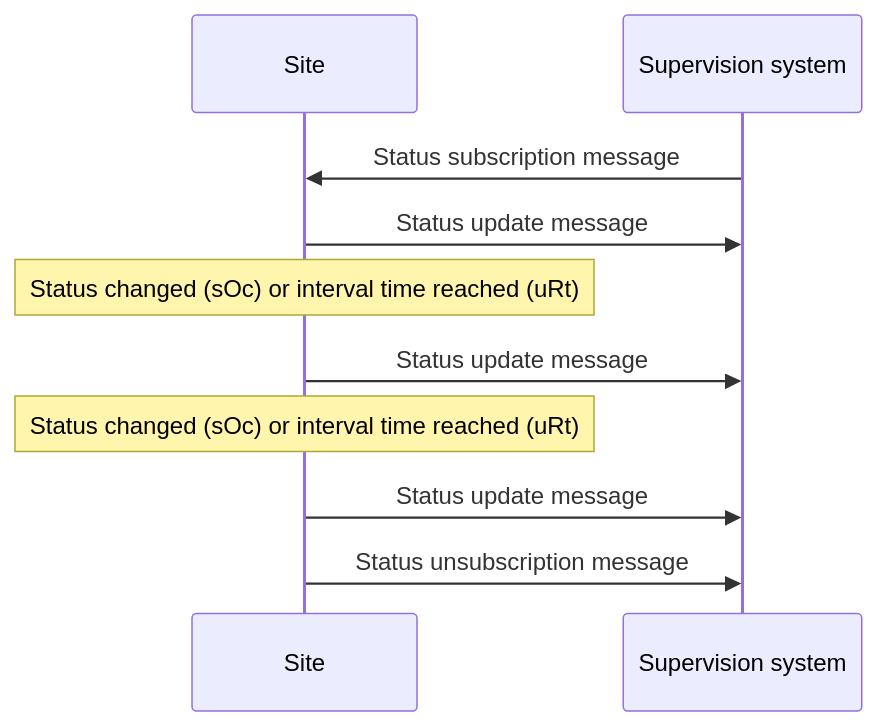
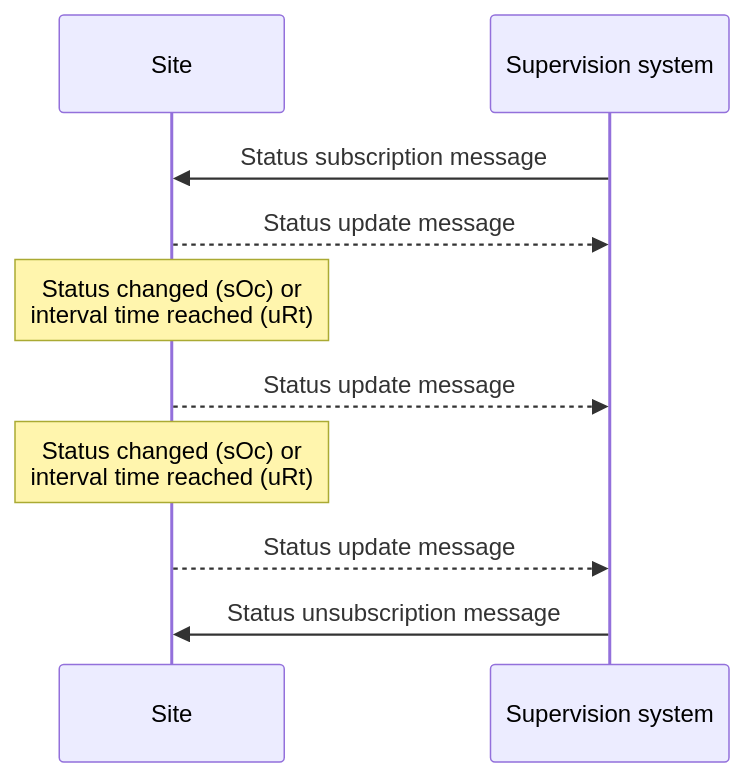
Diagram 11 of 16 in source/applicability/basic_structure.rst (rsmp-nordic/rsmp_core), drawn with Mermaid before and after one commit. The commit also changed other lines of this file, not shown here.

Commit message:
Minor formatting fixes for mermaid diagrams

```diff
--- a/source/applicability/basic_structure.rst
+++ b/source/applicability/basic_structure.rst
@@ -1298,12 +1298,12 @@
 .. mermaid::
 
    sequenceDiagram
      participant Site
-     participant Supervision system
-     Supervision system->>Site: Status subscription message
-     Site->>Supervision system: Status update message
-     Note over Site: Status changed (sOc) or interval time reached (uRt)
-     Site->>Supervision system: Status update message
-     Note over Site: Status changed (sOc) or interval time reached (uRt)
-     Site->>Supervision system: Status update message
-     Site->>Supervision system: Status unsubscription message
+     participant System as Supervision system
+     System->>Site: Status subscription message
+     Site-->>System: Status update message
+     Note over Site: Status changed (sOc) or<br/>interval time reached (uRt)
+     Site-->>System: Status update message
+     Note over Site: Status changed (sOc) or<br/>interval time reached (uRt)
+     Site-->>System: Status update message
+     System->>Site: Status unsubscription message
```
